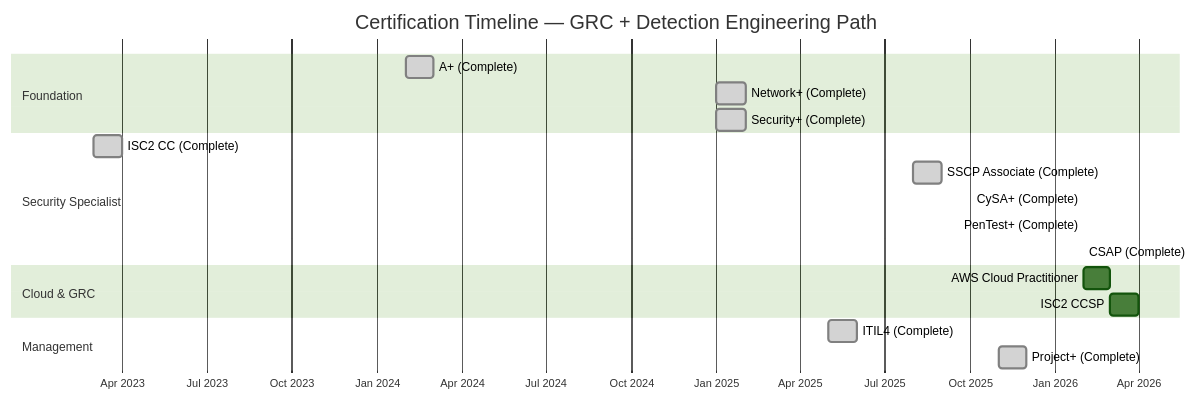
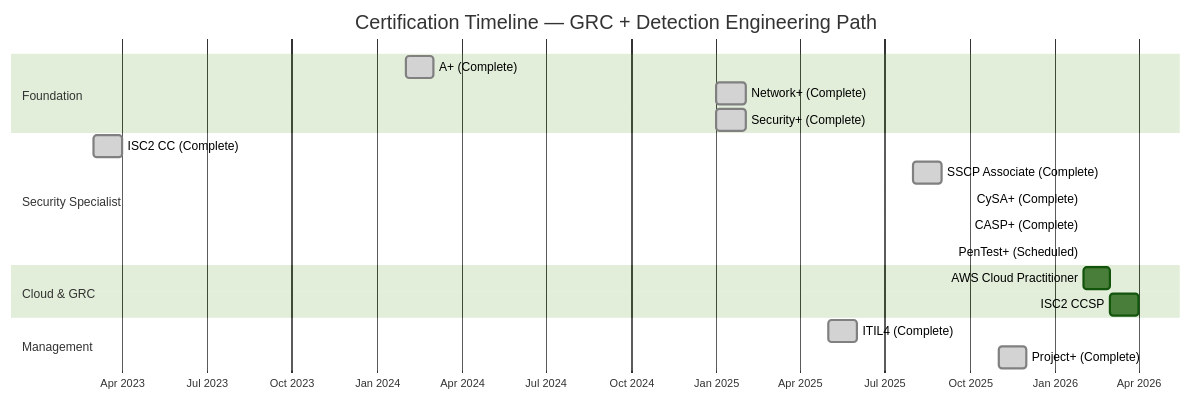
One commit to Pharns/portfolio changed the diagram in docs/certifications.md. Above: the diagram before and after it, drawn with Mermaid (forest theme). The commit also changed other lines of this file and 2 other files, not shown here.

First line of the commit message:
docs: replace CSAP with CASP+ and schedule PenTest+ for Feb 20

````diff
--- a/docs/certifications.md
+++ b/docs/certifications.md
@@ -16,26 +16,26 @@
 ```mermaid
 gantt
     title Certification Timeline — GRC + Detection Engineering Path
     dateFormat YYYY-MM
     axisFormat %b %Y
 
     section Foundation
     A+ (Complete)           :done, 2024-02, 2024-03
     Network+ (Complete)     :done, 2025-01, 2025-02
     Security+ (Complete)    :done, 2025-01, 2025-02
 
     section Security Specialist
     ISC2 CC (Complete)      :done, 2023-03, 2023-04
     SSCP Associate (Complete) :done, 2025-08, 2025-09
     CySA+ (Complete)        :done, 2026-02, 2026-02
-    PenTest+ (Complete)     :done, 2026-02, 2026-02
-    CSAP (Complete)         :done, 2026-02, 2026-02
+    CASP+ (Complete)        :done, 2026-02, 2026-02
+    PenTest+ (Scheduled)    :active, 2026-02, 2026-02
 
     section Cloud & GRC
     AWS Cloud Practitioner  :2026-02, 2026-03
     ISC2 CCSP              :2026-03, 2026-04
 
     section Management
     ITIL4 (Complete)        :done, 2025-05, 2025-06
     Project+ (Complete)     :done, 2025-11, 2025-12
 ```
````
